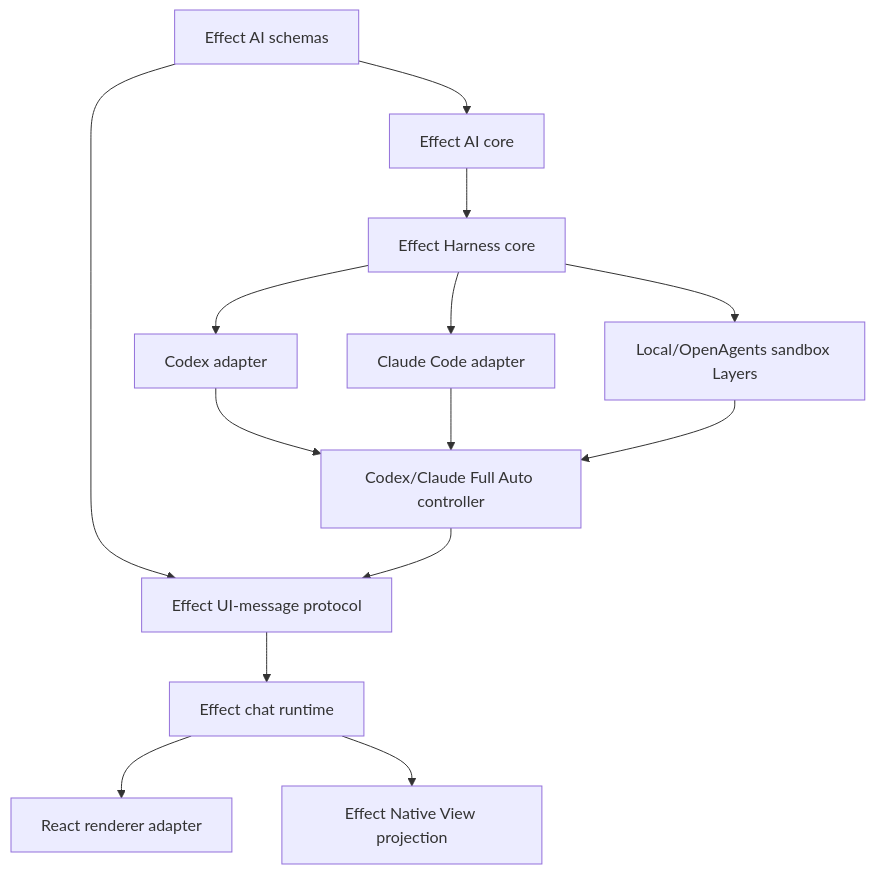
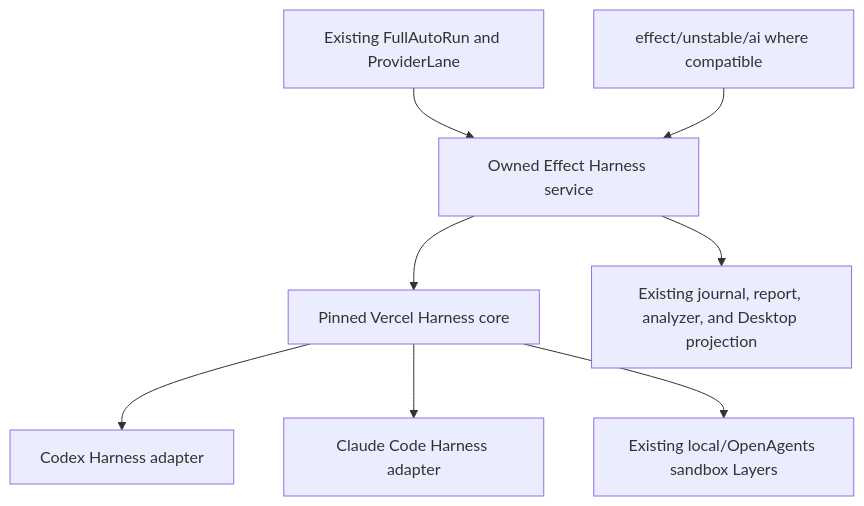
Before and after one commit to OpenAgentsInc/openagents: the diagram in docs/sol/2026-07-18-vercel-ai-sdk-source-derived-effect-conversion-audit.md, drawn with Mermaid. The commit also changed other lines of this file and 7 other files, not shown here.

Commit message:
docs(sol): admit Full Auto ASAP sprint

````diff
--- a/docs/sol/2026-07-18-vercel-ai-sdk-source-derived-effect-conversion-audit.md
+++ b/docs/sol/2026-07-18-vercel-ai-sdk-source-derived-effect-conversion-audit.md
@@ -184,16 +188,10 @@
 ```mermaid
 flowchart TB
-  A["Effect AI schemas"] --> B["Effect AI core"]
-  A --> C["Effect UI-message protocol"]
-  B --> D["Effect Harness core"]
-  D --> E["Codex adapter"]
-  D --> F["Claude Code adapter"]
-  D --> G["Local/OpenAgents sandbox Layers"]
-  C --> H["Effect chat runtime"]
-  H --> I["React renderer adapter"]
-  H --> J["Effect Native View projection"]
-  E --> K["Codex/Claude Full Auto controller"]
-  F --> K
-  G --> K
-  K --> C
+  A["Existing FullAutoRun and ProviderLane"] --> B["Owned Effect Harness service"]
+  C["effect/unstable/ai where compatible"] --> B
+  B --> D["Pinned Vercel Harness core"]
+  D --> E["Codex Harness adapter"]
+  D --> F["Claude Code Harness adapter"]
+  D --> G["Existing local/OpenAgents sandbox Layers"]
+  B --> H["Existing journal, report, analyzer, and Desktop projection"]
 ```
````
